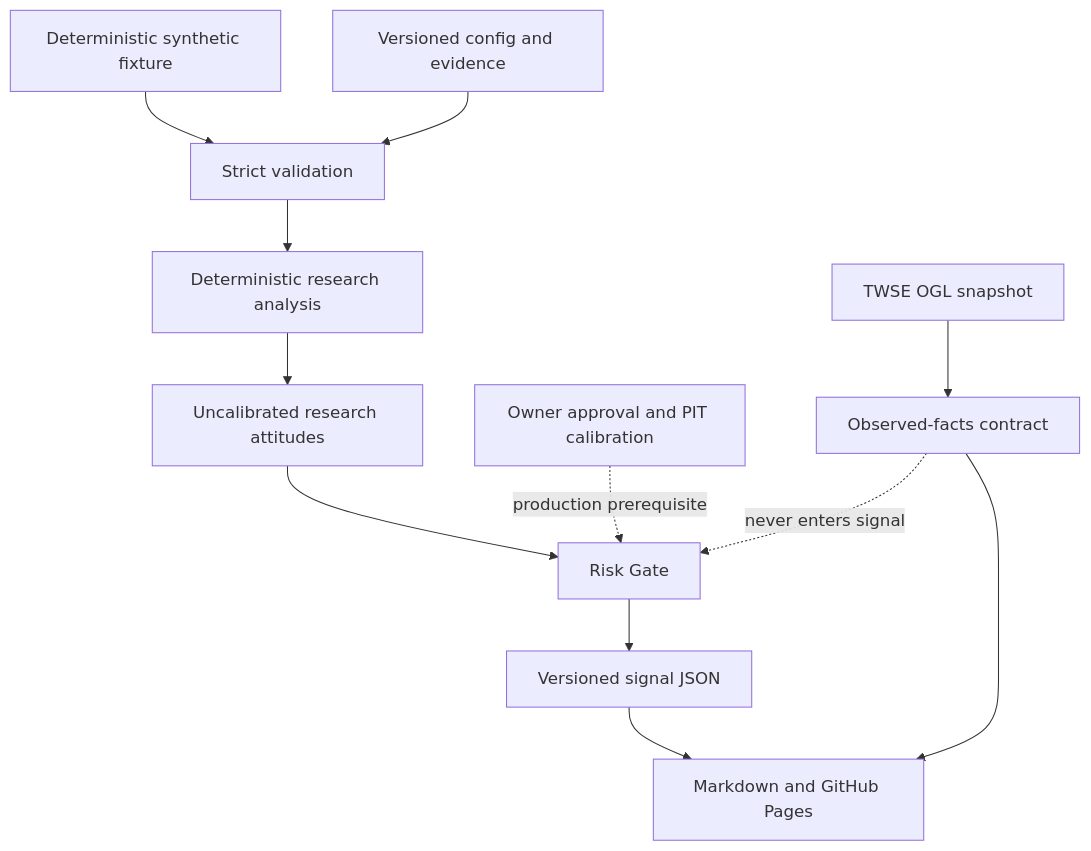
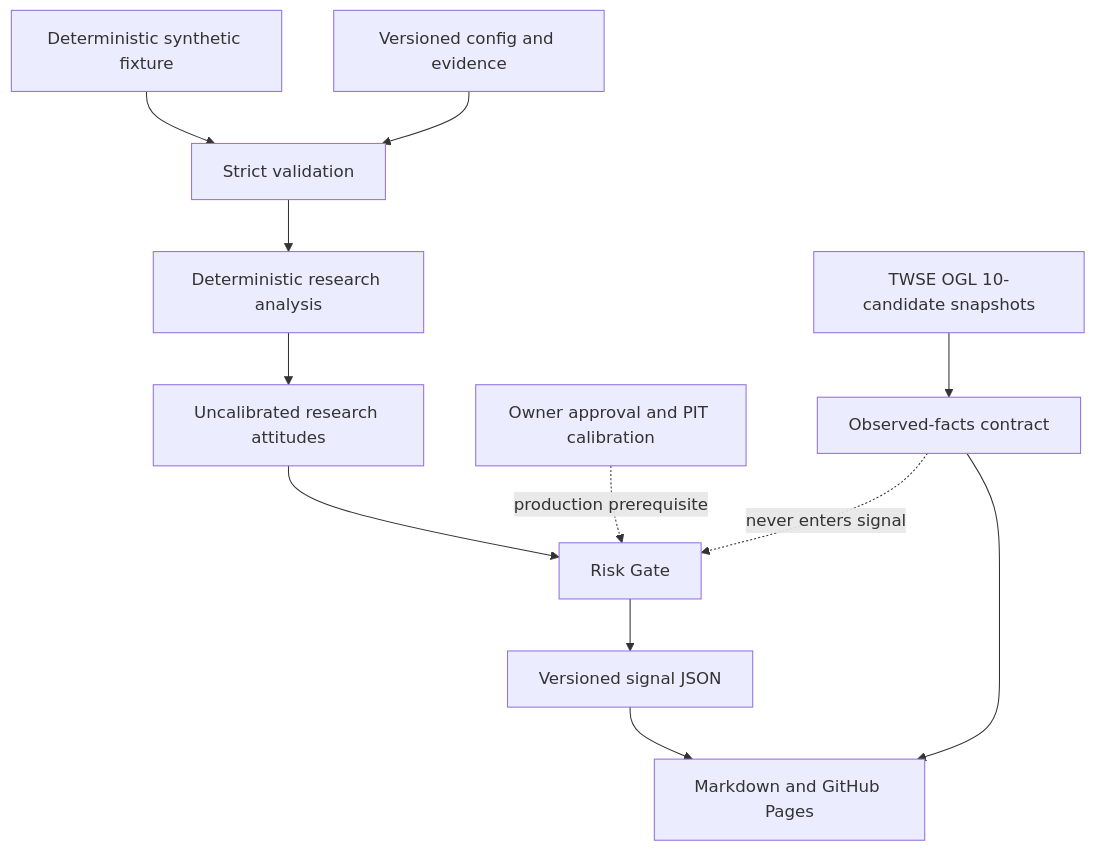
One commit to trionnemesis/StockmarketAgent changed the diagram in README.md. Above: the diagram before and after it, drawn with Mermaid. The commit also changed other lines of this file and 20 other files, not shown here.

````diff
--- a/README.md
+++ b/README.md
@@ -37,14 +37,14 @@
 ```mermaid
 flowchart TD
   F[Deterministic synthetic fixture] --> V[Strict validation]
   C[Versioned config and evidence] --> V
   V --> A[Deterministic research analysis]
   A --> R[Uncalibrated research attitudes]
   R --> G[Risk Gate]
   P[Owner approval and PIT calibration] -. production prerequisite .-> G
   G --> J[Versioned signal JSON]
   J --> O[Markdown and GitHub Pages]
-  T[TWSE OGL snapshot] --> Q[Observed-facts contract]
+  T[TWSE OGL 10-candidate snapshots] --> Q[Observed-facts contract]
   Q --> O
   Q -. never enters signal .-> G
 ```
````
